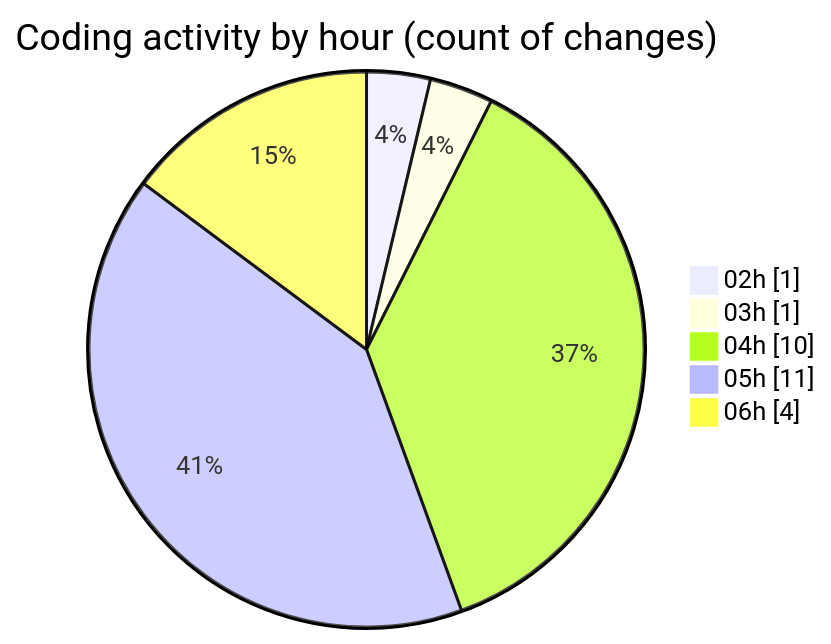
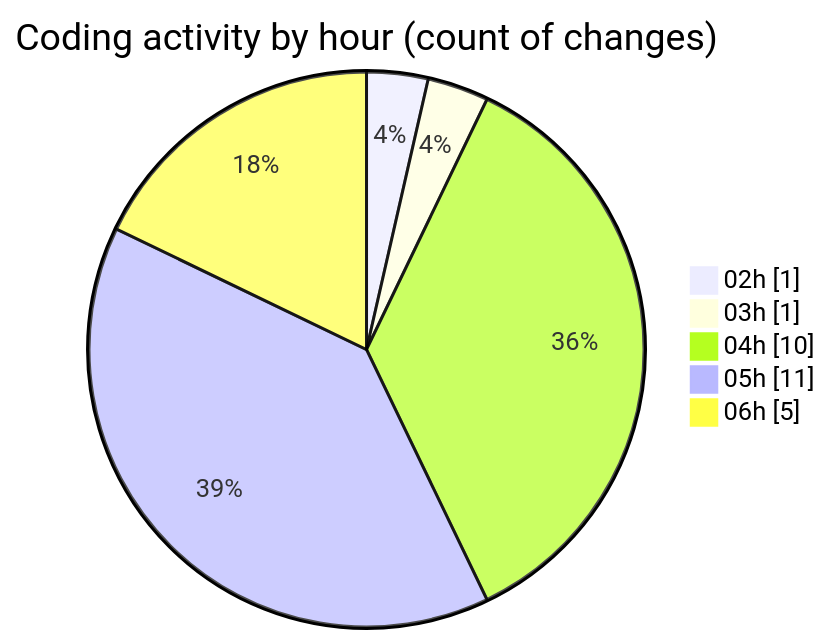
One commit to julien-gomy/code-tracking changed the second of 2 diagrams in 2025-10-31/cdp_aleoudev_fr__workspace_/README.md. Above: the diagram before and after it, drawn with Mermaid. The commit also changed other lines of this file and 1 other file, not shown here.

````diff
--- a/2025-10-31/cdp_aleoudev_fr__workspace_/README.md
+++ b/2025-10-31/cdp_aleoudev_fr__workspace_/README.md
@@ -29,9 +29,9 @@
 ```mermaid
 pie showData
 title Coding activity by hour (count of changes)
 "02h" : 1
 "03h" : 1
 "04h" : 10
 "05h" : 11
-"06h" : 4
+"06h" : 5
 ```
````
